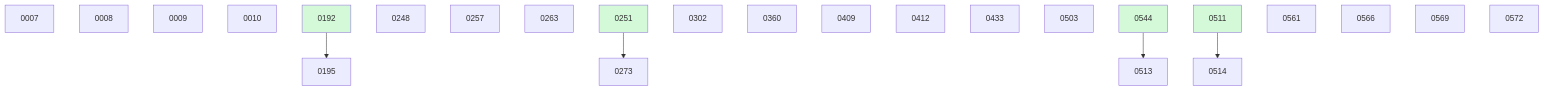
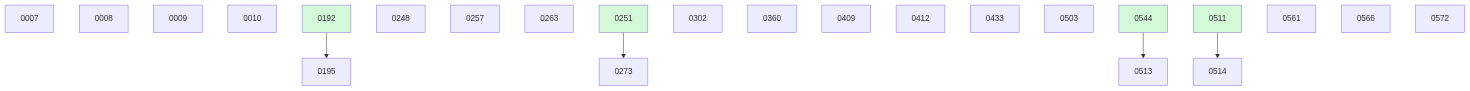
One commit to danielhanold/docket changed the diagram in docs/changes/BOARD.md. Above: the diagram before and after it, drawn with Mermaid. The commit also changed other lines of this file and 4 other files, not shown here.

````diff
--- a/docs/changes/BOARD.md
+++ b/docs/changes/BOARD.md
@@ -41,29 +35,28 @@
 ```mermaid
 graph TD
   0007
   0008
   0009
   0010
   0192 --> 0195
   0248
   0257
   0263
   0251 --> 0273
   0302
   0360
   0409
   0412
   0433
   0503
   0544 --> 0513
   0511 --> 0514
   0561
   0566
-  0569
   0572
   0192:::done
   0251:::done
   0511:::done
   0544:::done
   classDef done fill:#d3f9d8;
 ```
````
